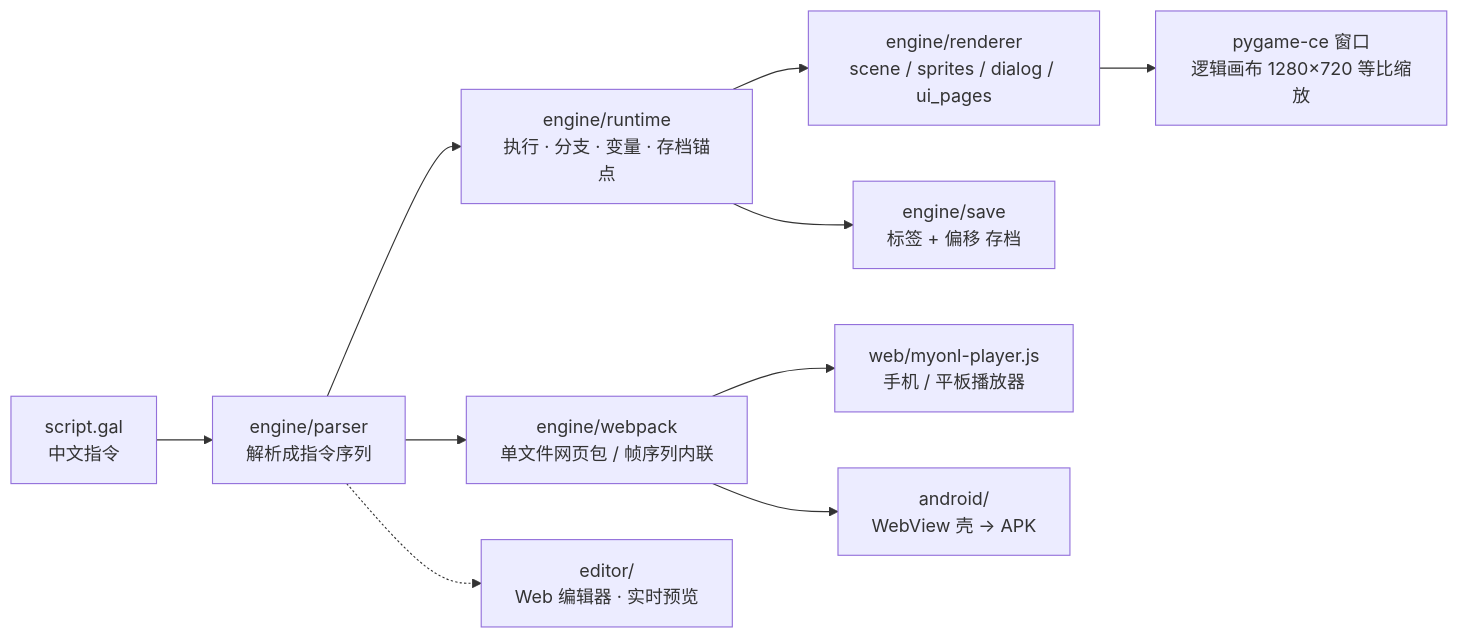
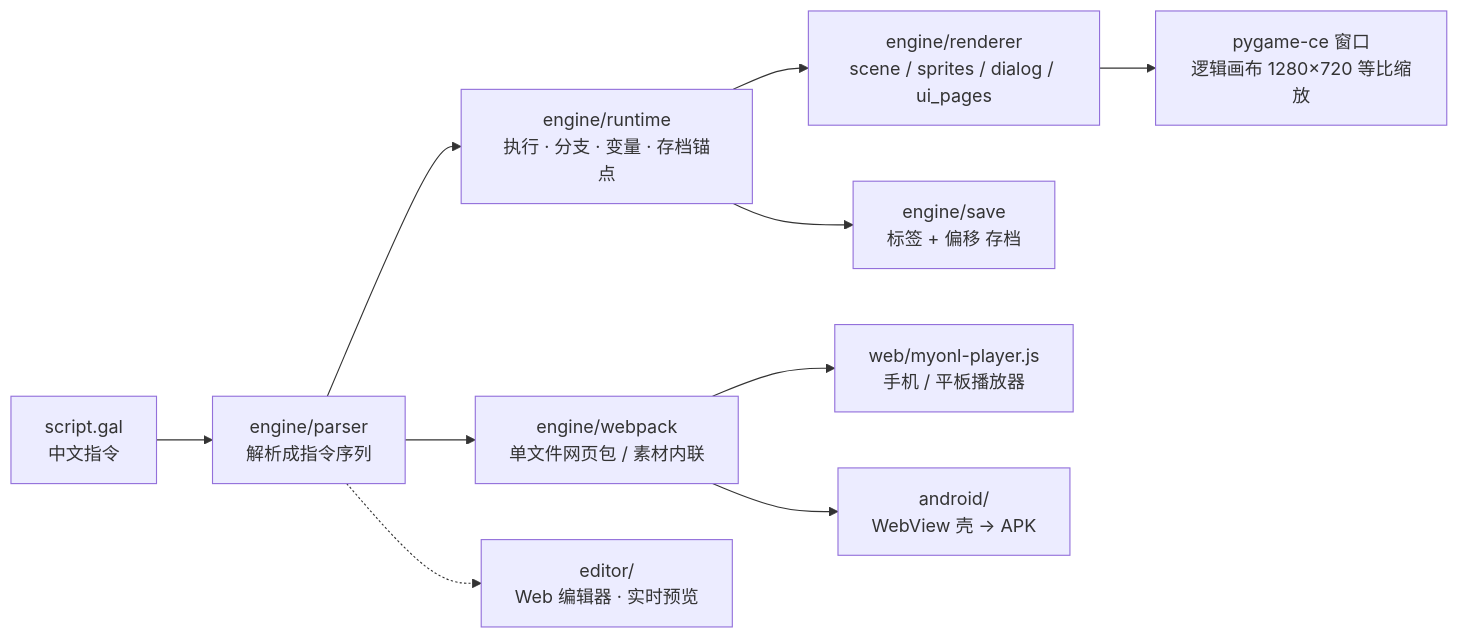
The diagram in README.md (123456789556/myonl), drawn with Mermaid before and after one commit. The commit also changed other lines of this file and 1 other file, not shown here.

````diff
--- a/README.md
+++ b/README.md
@@ -219,12 +115,12 @@
 ```mermaid
 flowchart LR
   A["script.gal<br/>中文指令"] --> B["engine/parser<br/>解析成指令序列"]
   B --> C["engine/runtime<br/>执行 · 分支 · 变量 · 存档锚点"]
   C --> D["engine/renderer<br/>scene / sprites / dialog / ui_pages"]
   D --> E["pygame-ce 窗口<br/>逻辑画布 1280×720 等比缩放"]
   C --> F["engine/save<br/>标签 + 偏移 存档"]
-  B --> G["engine/webpack<br/>单文件网页包 / 帧序列内联"]
+  B --> G["engine/webpack<br/>单文件网页包 / 素材内联"]
   G --> H["web/myonl-player.js<br/>手机 / 平板播放器"]
   G --> I["android/<br/>WebView 壳 → APK"]
   B -.-> J["editor/<br/>Web 编辑器 · 实时预览"]
 ```
````
